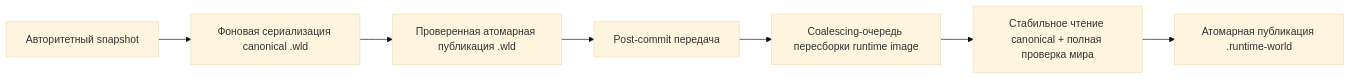
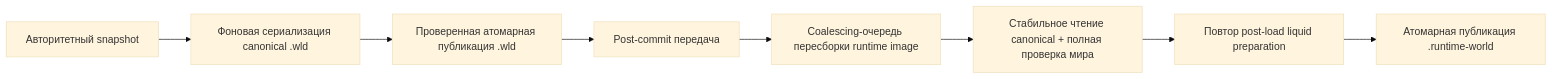
Before and after one commit to VegaKernel/TerraRuntime: the diagram in docs/ru/runtime-world-save-rebuild.md, drawn with Mermaid (base theme). The commit also changed other lines of this file and 35 other files, not shown here.

First line of the commit message:
Add post-load liquid preparation and layout v2 cache

````diff
--- a/docs/ru/runtime-world-save-rebuild.md
+++ b/docs/ru/runtime-world-save-rebuild.md
@@ -9,9 +9,10 @@
 ```mermaid
 flowchart LR
     A["Авторитетный snapshot"] --> B["Фоновая сериализация canonical .wld"]
     B --> C["Проверенная атомарная публикация .wld"]
     C --> D["Post-commit передача"]
     D --> E["Coalescing-очередь пересборки runtime image"]
     E --> F["Стабильное чтение canonical + полная проверка мира"]
-    F --> G["Атомарная публикация .runtime-world"]
+    F --> P["Повтор post-load liquid preparation"]
+    P --> G["Атомарная публикация .runtime-world"]
 ```
````
